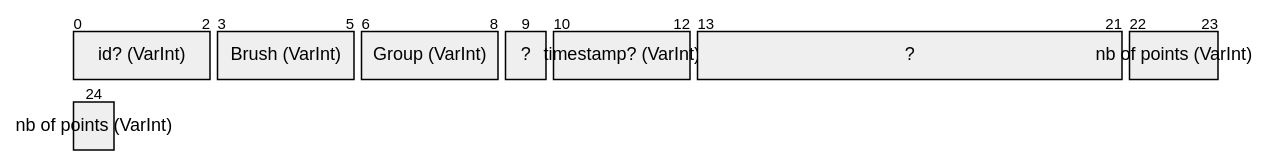
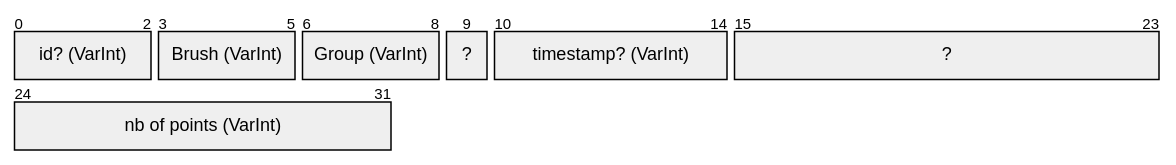
Before and after one commit to AquaBx/msink-reader: the seventh of 8 diagrams in README.md, drawn with Mermaid. The commit also changed other lines of this file, not shown here.

````diff
--- a/README.md
+++ b/README.md
@@ -93,11 +93,11 @@
 ```mermaid
 %%{init: { "packet": { "bitsPerRow": 24 } }}%%
 packet
 +3: "id? (VarInt)"
 +3: "Brush (VarInt)"
 +3: "Group (VarInt)"
 +1: "?"
-+3: "timestamp? (VarInt)"
++5: "timestamp? (VarInt)"
 +9: "?"
-+3: "nb of points (VarInt)"
++8: "nb of points (VarInt)"
 ```
````
